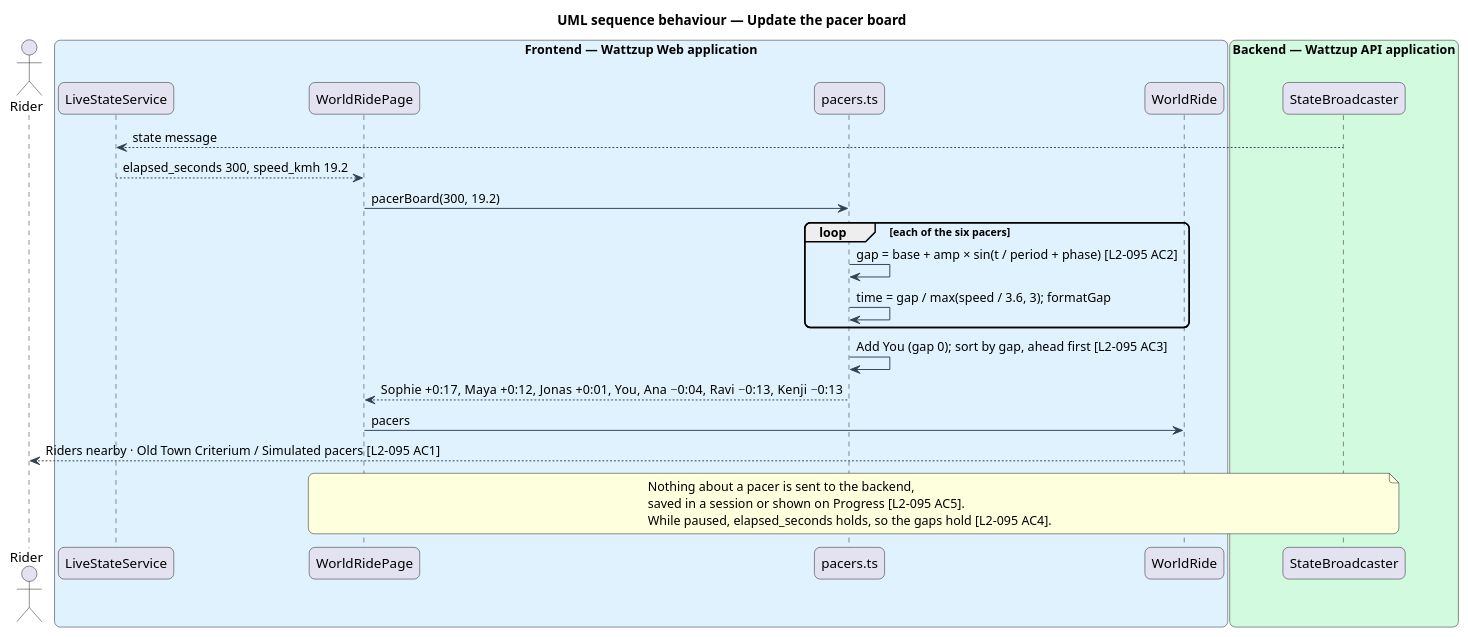
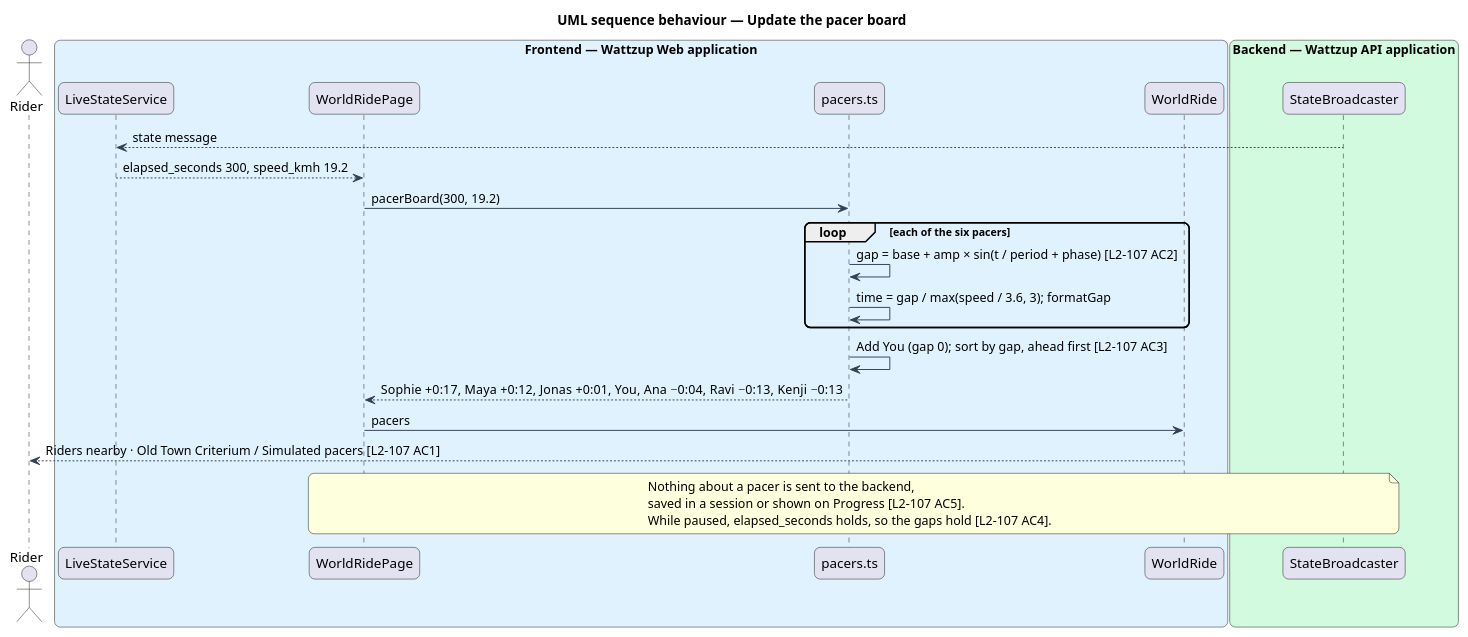
One commit to QuinntyneBrown/ride-one changed the diagram in docs/detailed-designs/world-ride/show-simulated-pacers/diagrams/sequence-update-board.puml. Above: the diagram before and after it, drawn with PlantUML. The commit also changed 75 other files, not shown here.

```diff
--- a/docs/detailed-designs/world-ride/show-simulated-pacers/diagrams/sequence-update-board.puml
+++ b/docs/detailed-designs/world-ride/show-simulated-pacers/diagrams/sequence-update-board.puml
@@ -1,35 +1,35 @@
 @startuml
 title UML sequence behaviour — Update the pacer board
 skinparam backgroundColor #FFFFFF
 skinparam shadowing false
 skinparam roundcorner 12
 skinparam defaultFontName Arial
 skinparam ArrowColor #344054
 actor "Rider" as rider
 box "Frontend — Wattzup Web application" #E0F2FE
   participant "LiveStateService" as live
   participant "WorldRidePage" as page
   participant "pacers.ts" as pacers
   participant "WorldRide" as hud
 end box
 box "Backend — Wattzup API application" #D1FADF
   participant "StateBroadcaster" as broadcaster
 end box
 
 broadcaster --> live : state message
 live --> page : elapsed_seconds 300, speed_kmh 19.2
 page -> pacers : pacerBoard(300, 19.2)
 loop each of the six pacers
-  pacers -> pacers : gap = base + amp × sin(t / period + phase) [L2-095 AC2]
+  pacers -> pacers : gap = base + amp × sin(t / period + phase) [L2-107 AC2]
   pacers -> pacers : time = gap / max(speed / 3.6, 3); formatGap
 end
-pacers -> pacers : Add You (gap 0); sort by gap, ahead first [L2-095 AC3]
+pacers -> pacers : Add You (gap 0); sort by gap, ahead first [L2-107 AC3]
 pacers --> page : Sophie +0:17, Maya +0:12, Jonas +0:01, You, Ana −0:04, Ravi −0:13, Kenji −0:13
 page -> hud : pacers
-hud --> rider : Riders nearby · Old Town Criterium / Simulated pacers [L2-095 AC1]
+hud --> rider : Riders nearby · Old Town Criterium / Simulated pacers [L2-107 AC1]
 note over page, broadcaster
   Nothing about a pacer is sent to the backend,
-  saved in a session or shown on Progress [L2-095 AC5].
-  While paused, elapsed_seconds holds, so the gaps hold [L2-095 AC4].
+  saved in a session or shown on Progress [L2-107 AC5].
+  While paused, elapsed_seconds holds, so the gaps hold [L2-107 AC4].
 end note
 @enduml
```
